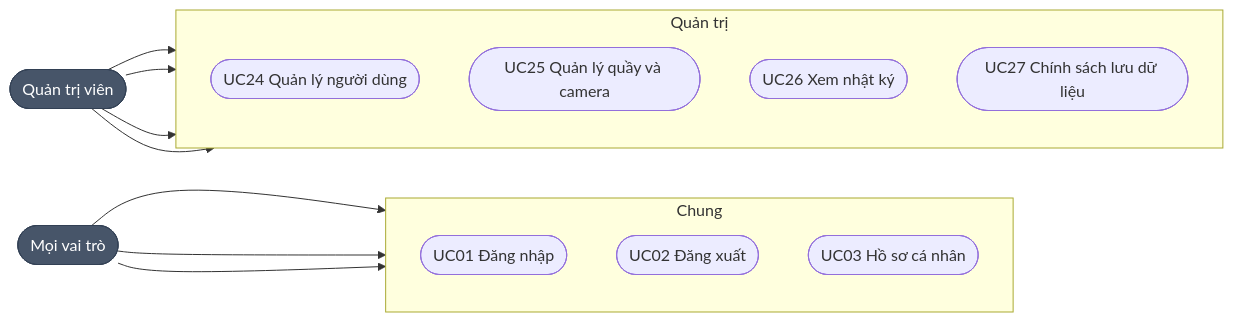
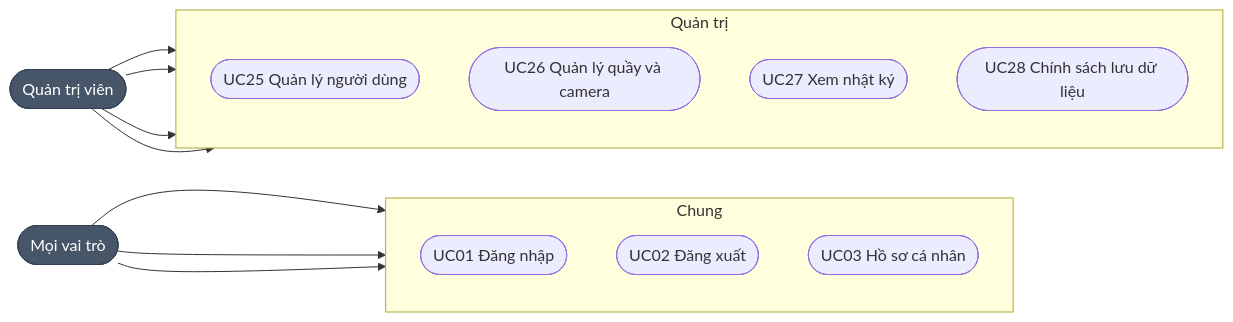
The fifth of 5 diagrams in docs/02-use-case-user-stories.md (AnNguyen05092004/hybrid-checkout), drawn with Mermaid before and after one commit. The commit also changed other lines of this file and 47 other files, not shown here.

````diff
--- a/docs/02-use-case-user-stories.md
+++ b/docs/02-use-case-user-stories.md
@@ -180,22 +181,22 @@
 ```mermaid
 flowchart LR
     admin(["Quản trị viên"])
     all(["Mọi vai trò"])
     subgraph adm["Quản trị"]
         direction TB
-        uc24(["UC24 Quản lý người dùng"])
-        uc25(["UC25 Quản lý quầy và camera"])
-        uc26(["UC26 Xem nhật ký"])
-        uc27(["UC27 Chính sách lưu dữ liệu"])
+        uc25(["UC25 Quản lý người dùng"])
+        uc26(["UC26 Quản lý quầy và camera"])
+        uc27(["UC27 Xem nhật ký"])
+        uc28(["UC28 Chính sách lưu dữ liệu"])
     end
     subgraph common["Chung"]
         direction TB
         uc01(["UC01 Đăng nhập"])
         uc02(["UC02 Đăng xuất"])
         uc03(["UC03 Hồ sơ cá nhân"])
     end
-    admin --> uc24 & uc25 & uc26 & uc27
+    admin --> uc25 & uc26 & uc27 & uc28
     all --> uc01 & uc02 & uc03
     classDef actor fill:#475569,color:#fff,stroke:#334155
     class admin,all actor
 ```
````
